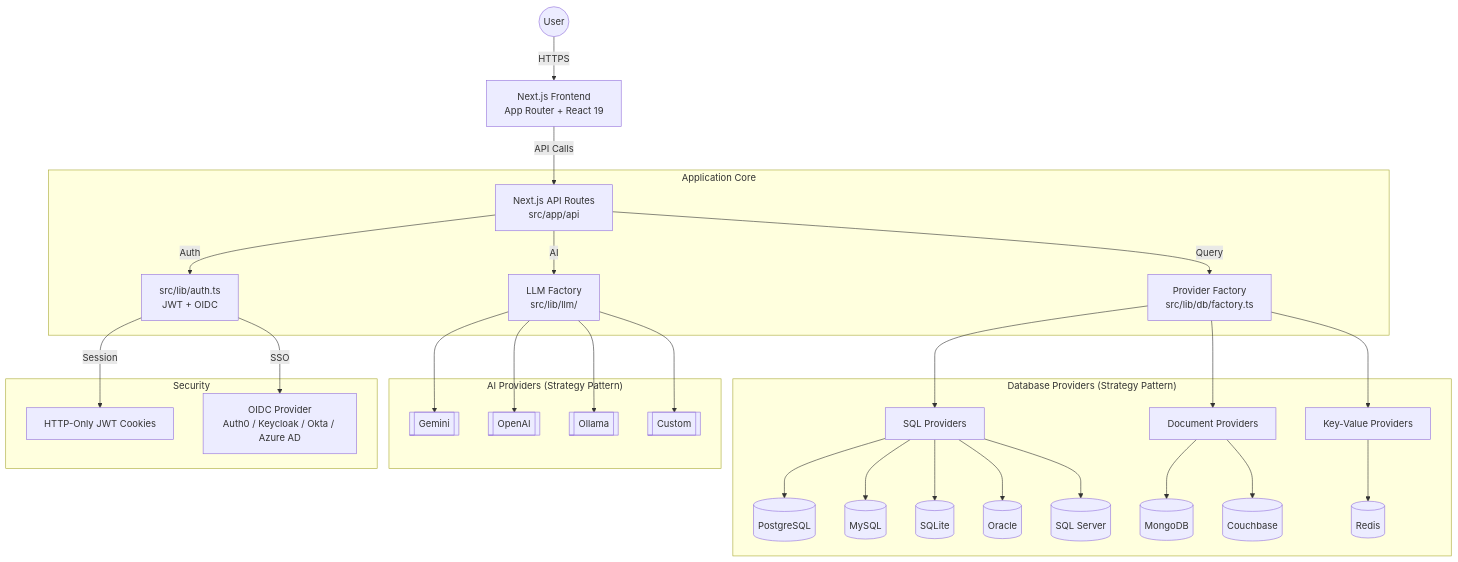
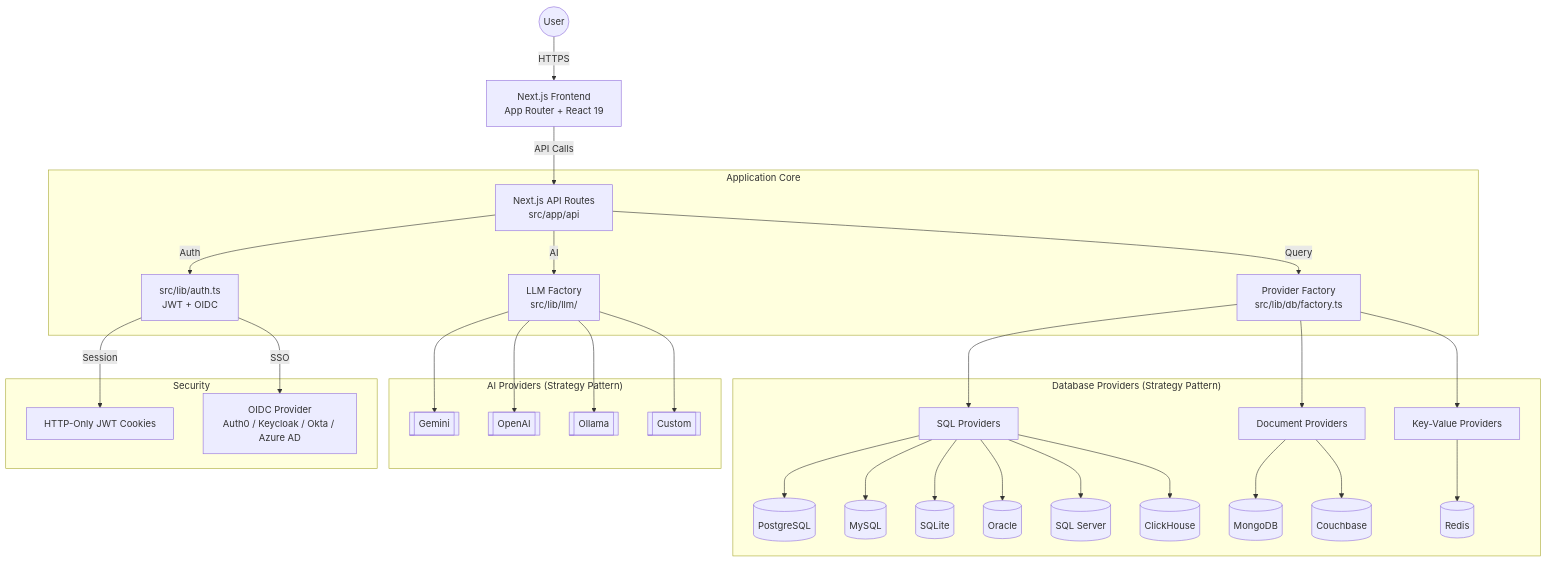
Before and after one commit to CrazyForks/libredb-studio: the first of 3 diagrams in docs/ARCHITECTURE.md, drawn with Mermaid. The commit also changed other lines of this file and 37 other files, not shown here.

First line of the commit message:
feat(db): add ClickHouse provider (SQL over the HTTP interface, no native dependency) (#270)

````diff
--- a/docs/ARCHITECTURE.md
+++ b/docs/ARCHITECTURE.md
@@ -29,38 +29,39 @@
 ```mermaid
 graph TD
     User((User)) -->|HTTPS| Frontend[Next.js Frontend<br/>App Router + React 19]
     Frontend -->|API Calls| API[Next.js API Routes<br/>src/app/api]
 
     subgraph "Application Core"
         API -->|Auth| AuthLib[src/lib/auth.ts<br/>JWT + OIDC]
         API -->|Query| DBFactory[Provider Factory<br/>src/lib/db/factory.ts]
         API -->|AI| LLMFactory[LLM Factory<br/>src/lib/llm/]
     end
 
     subgraph "Database Providers (Strategy Pattern)"
         DBFactory --> SQL[SQL Providers]
         DBFactory --> Document[Document Providers]
         DBFactory --> KeyValue[Key-Value Providers]
 
         SQL --> PG[(PostgreSQL)]
         SQL --> MySQL[(MySQL)]
         SQL --> SQLite[(SQLite)]
         SQL --> Oracle[(Oracle)]
         SQL --> MSSQL[(SQL Server)]
+        SQL --> ClickHouse[(ClickHouse)]
         Document --> MongoDB[(MongoDB)]
         Document --> Couchbase[(Couchbase)]
         KeyValue --> Redis[(Redis)]
     end
 
     subgraph "AI Providers (Strategy Pattern)"
         LLMFactory --> Gemini[[Gemini]]
         LLMFactory --> OpenAI[[OpenAI]]
         LLMFactory --> Ollama[[Ollama]]
         LLMFactory --> CustomLLM[[Custom]]
     end
 
     subgraph "Security"
         AuthLib -->|Session| JWT[HTTP-Only JWT Cookies]
         AuthLib -->|SSO| OIDC[OIDC Provider<br/>Auth0 / Keycloak / Okta / Azure AD]
     end
 ```
````
